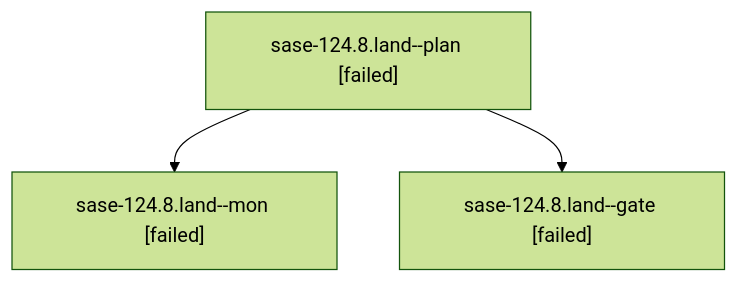
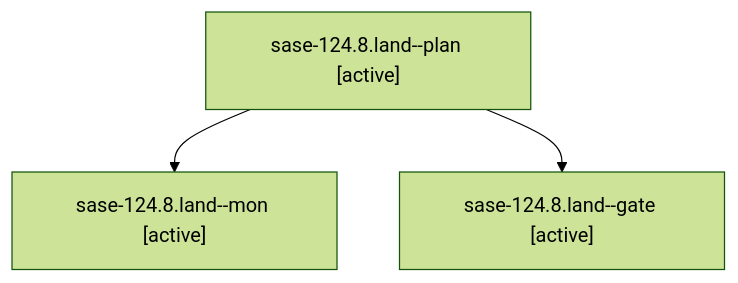
One commit to sase-org/sase--agents changed the diagram in families/bbugyi200.athena.sase-124.8.land.md. Above: the diagram before and after it, drawn with Mermaid (forest theme). The commit also changed other lines of this file and 35830 other files, not shown here.

````diff
--- a/families/bbugyi200.athena.sase-124.8.land.md
+++ b/families/bbugyi200.athena.sase-124.8.land.md
@@ -9,8 +9,8 @@
 ```mermaid
 flowchart TD
-  n0["sase-124.8.land--plan [failed]"]
-  n1["sase-124.8.land--mon [failed]"]
+  n0["sase-124.8.land--plan [active]"]
+  n1["sase-124.8.land--mon [active]"]
   n0 --> n1
-  n2["sase-124.8.land--gate [failed]"]
+  n2["sase-124.8.land--gate [active]"]
   n0 --> n2
 ```
````
